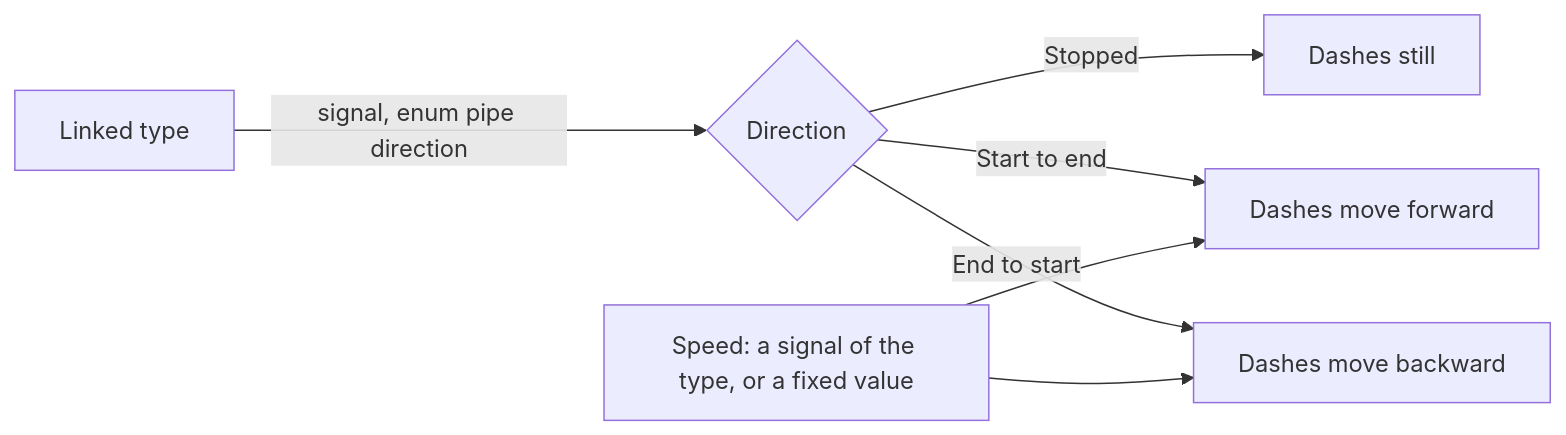
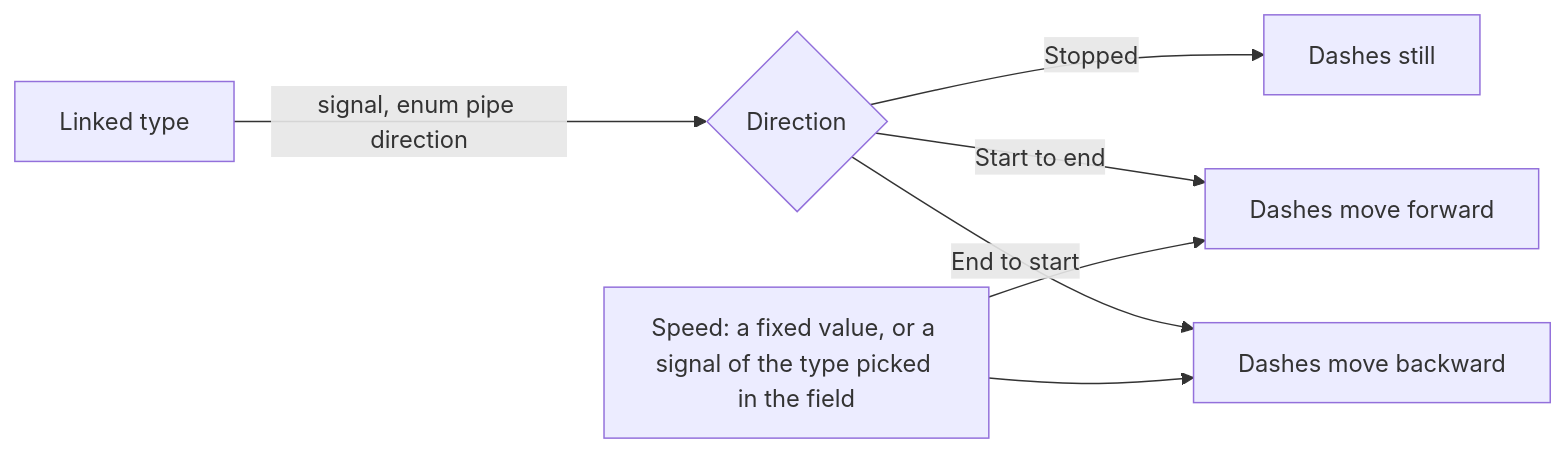
Before and after one commit to AlexandreGallais/synoptic-studio-spec: the third of 4 diagrams in symbols/pipes/pipe-styles.md, drawn with Mermaid. The commit also changed other lines of this file and 8 other files, not shown here.

````diff
--- a/symbols/pipes/pipe-styles.md
+++ b/symbols/pipes/pipe-styles.md
@@ -115,9 +125,9 @@
 ```mermaid
 flowchart LR
     T["Linked type"] -->|"signal, enum pipe direction"| D{"Direction"}
     D -- "Stopped" --> X["Dashes still"]
     D -- "Start to end" --> F["Dashes move forward"]
     D -- "End to start" --> R["Dashes move backward"]
-    V["Speed: a signal of the type, or a fixed value"] --> F
+    V["Speed: a fixed value, or a signal of the type picked in the field"] --> F
     V --> R
 ```
````
